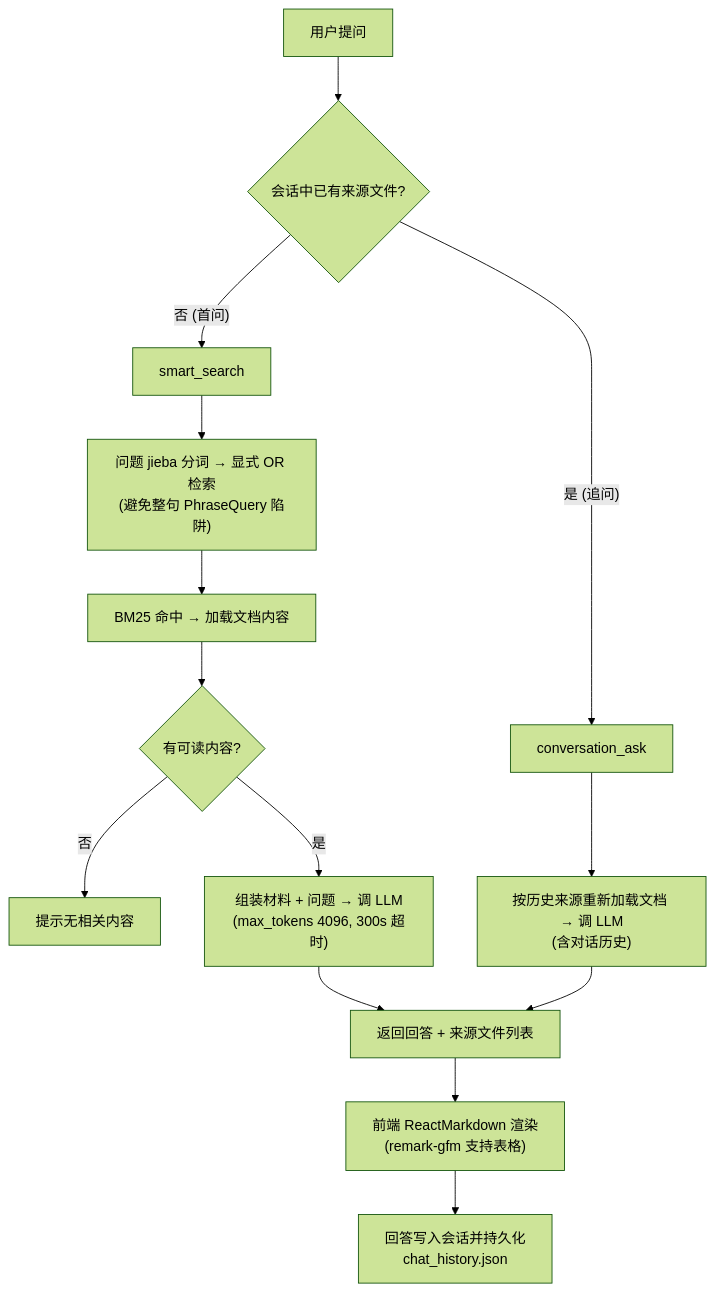
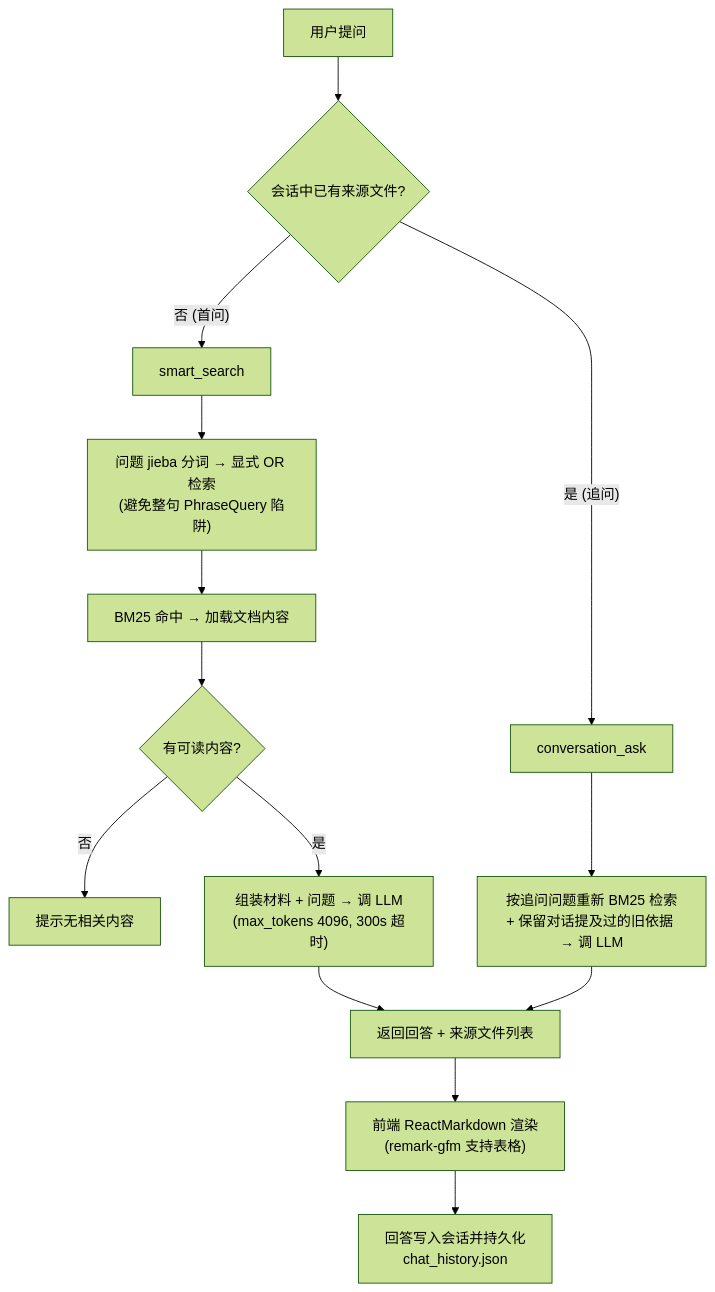
The fifth of 6 diagrams in USER_MANUAL.md (Gray-Chan-sh/link-searcher), drawn with Mermaid (forest theme) before and after one commit. The commit also changed other lines of this file and 1 other file, not shown here.

````diff
--- a/USER_MANUAL.md
+++ b/USER_MANUAL.md
@@ -357,16 +357,16 @@
 ```mermaid
 flowchart TD
     A["用户提问"] --> B{"会话中已有来源文件?"}
     B -->|"否 (首问)"| C["smart_search"]
     B -->|"是 (追问)"| D["conversation_ask"]
     C --> E["问题 jieba 分词 → 显式 OR 检索<br/>(避免整句 PhraseQuery 陷阱)"]
     E --> F["BM25 命中 → 加载文档内容"]
     F --> G{"有可读内容?"}
     G -->|"否"| H["提示无相关内容"]
     G -->|"是"| I["组装材料 + 问题 → 调 LLM<br/>(max_tokens 4096, 300s 超时)"]
-    D --> J["按历史来源重新加载文档 → 调 LLM<br/>(含对话历史)"]
+    D --> J["按追问问题重新 BM25 检索<br/>+ 保留对话提及过的旧依据 → 调 LLM"]
     I --> K["返回回答 + 来源文件列表"]
     J --> K
     K --> L["前端 ReactMarkdown 渲染<br/>(remark-gfm 支持表格)"]
     L --> M["回答写入会话并持久化<br/>chat_history.json"]
 ```
````
